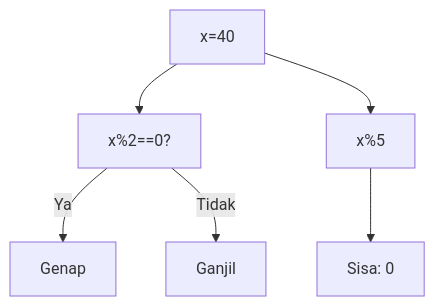
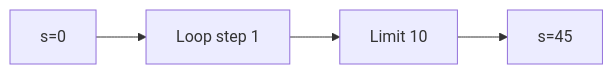
Before and after one commit to amnahwaida/OSNK_INF_PREP: the eighth of 25 diagrams in part-c-pemahaman-cpp/03-perulangan/latihan/set-05.md, drawn with Mermaid. The commit also changed other lines of this file and 71 other files, not shown here.

````diff
--- a/part-c-pemahaman-cpp/03-perulangan/latihan/set-05.md
+++ b/part-c-pemahaman-cpp/03-perulangan/latihan/set-05.md
@@ -177,8 +210,6 @@
 ```mermaid
-graph TD
-A["x=40"] --> B["x%2==0?"]
-B -- Ya --> C["Genap"]
-B -- Tidak --> D["Ganjil"]
-A --> E["x%5"]
-E --> F["Sisa: 0"]
+graph LR
+A["s=0"] --> B["Loop step 1"]
+B --> C["Limit 10"]
+C --> D["s=45"]
 ```
````
